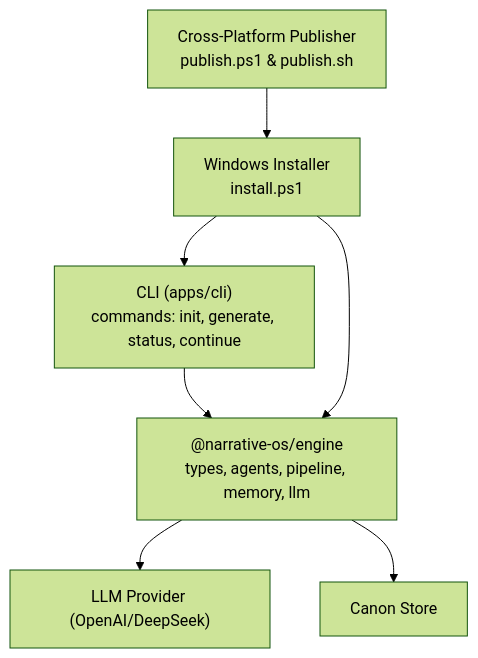
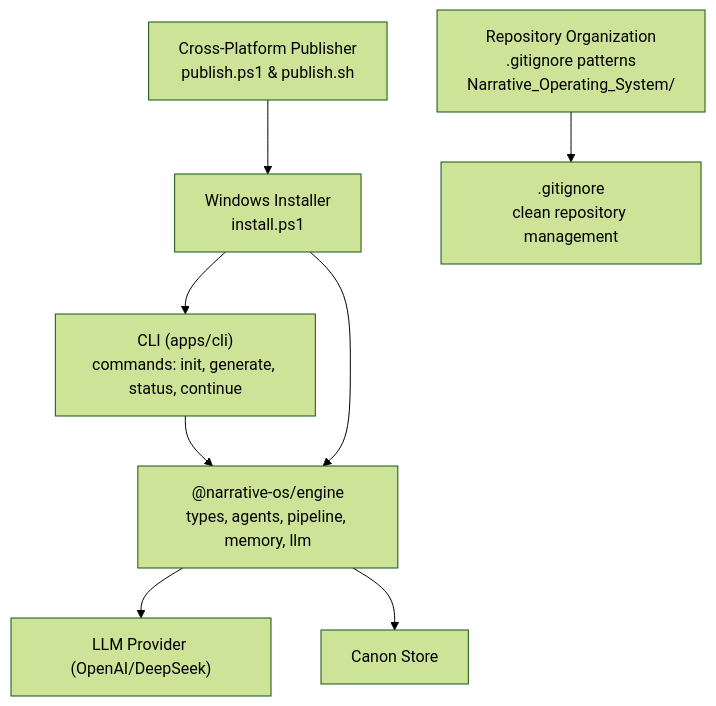
The second of 10 diagrams in .qoder/repowiki/en/content/Development and Contributing.md (liwonder/NARRITIVE_OS), drawn with Mermaid (forest theme) before and after one commit. The commit also changed other lines of this file and 2 other files, not shown here.

````diff
--- a/.qoder/repowiki/en/content/Development and Contributing.md
+++ b/.qoder/repowiki/en/content/Development and Contributing.md
@@ -128,15 +123,17 @@
 ```mermaid
 graph TB
 CLI["CLI (apps/cli)<br/>commands: init, generate, status, continue"]
 ENGINE["@narrative-os/engine<br/>types, agents, pipeline, memory, llm"]
 LLM["LLM Provider (OpenAI/DeepSeek)"]
 STORE["Canon Store"]
 INSTALL["Windows Installer<br/>install.ps1"]
 PUBLISH["Cross-Platform Publisher<br/>publish.ps1 & publish.sh"]
+REPO["Repository Organization<br/>.gitignore patterns<br/>Narrative_Operating_System/"]
 CLI --> ENGINE
 ENGINE --> LLM
 ENGINE --> STORE
 INSTALL --> CLI
 INSTALL --> ENGINE
 PUBLISH --> INSTALL
+REPO --> GITIGNORE[".gitignore<br/>clean repository management"]
 ```
````
